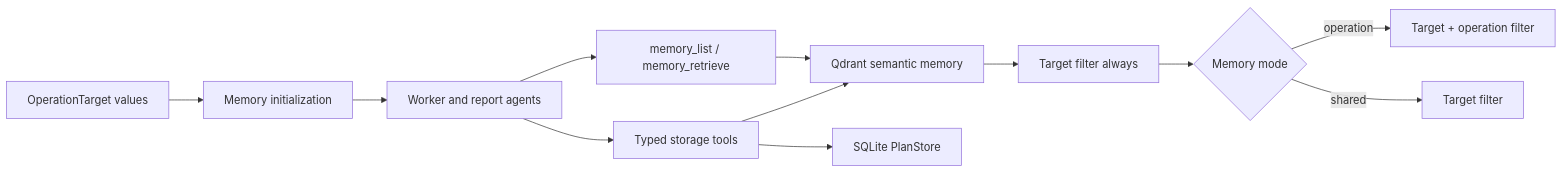
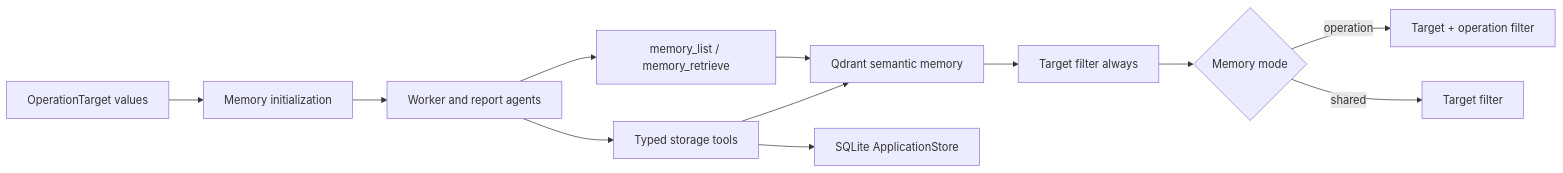
Before and after one commit to double16/Cyber-AutoAgent-ng: the diagram in docs/memory.md, drawn with Mermaid. The commit also changed other lines of this file and 35 other files, not shown here.

Commit message:
Refactor plan database into application level database. Fixup some TUI.

````diff
--- a/docs/memory.md
+++ b/docs/memory.md
@@ -13,14 +14,14 @@
 ```mermaid
 flowchart LR
     A[OperationTarget values] --> B[Memory initialization]
     B --> C[Worker and report agents]
     C --> D[memory_list / memory_retrieve]
     C --> E[Typed storage tools]
     D --> F[Qdrant semantic memory]
     E --> F
-    E --> G[SQLite PlanStore]
+    E --> G[SQLite ApplicationStore]
     F --> H[Target filter always]
     H --> I{Memory mode}
     I -->|operation| J[Target + operation filter]
     I -->|shared| K[Target filter]
 ```
````
